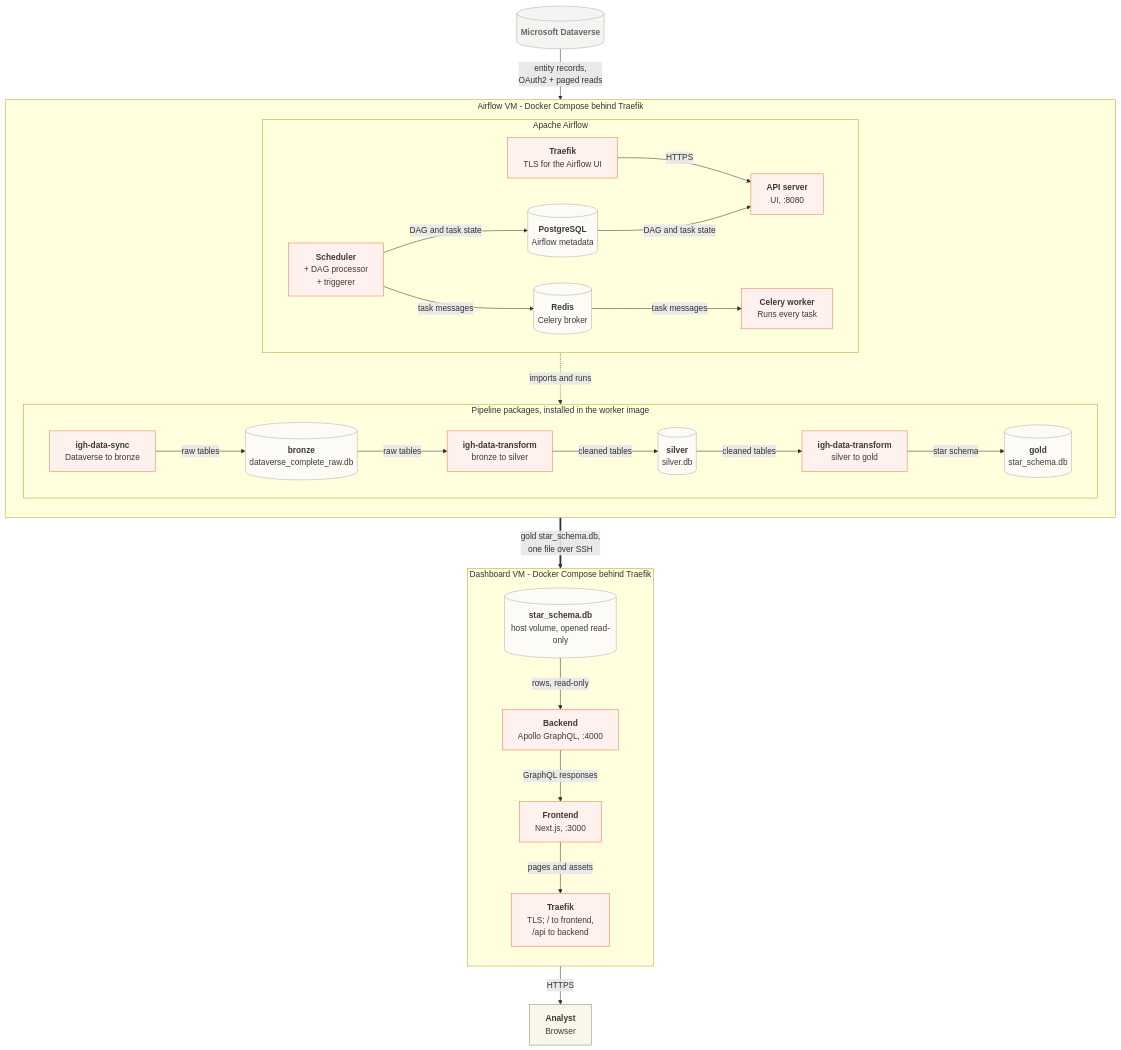
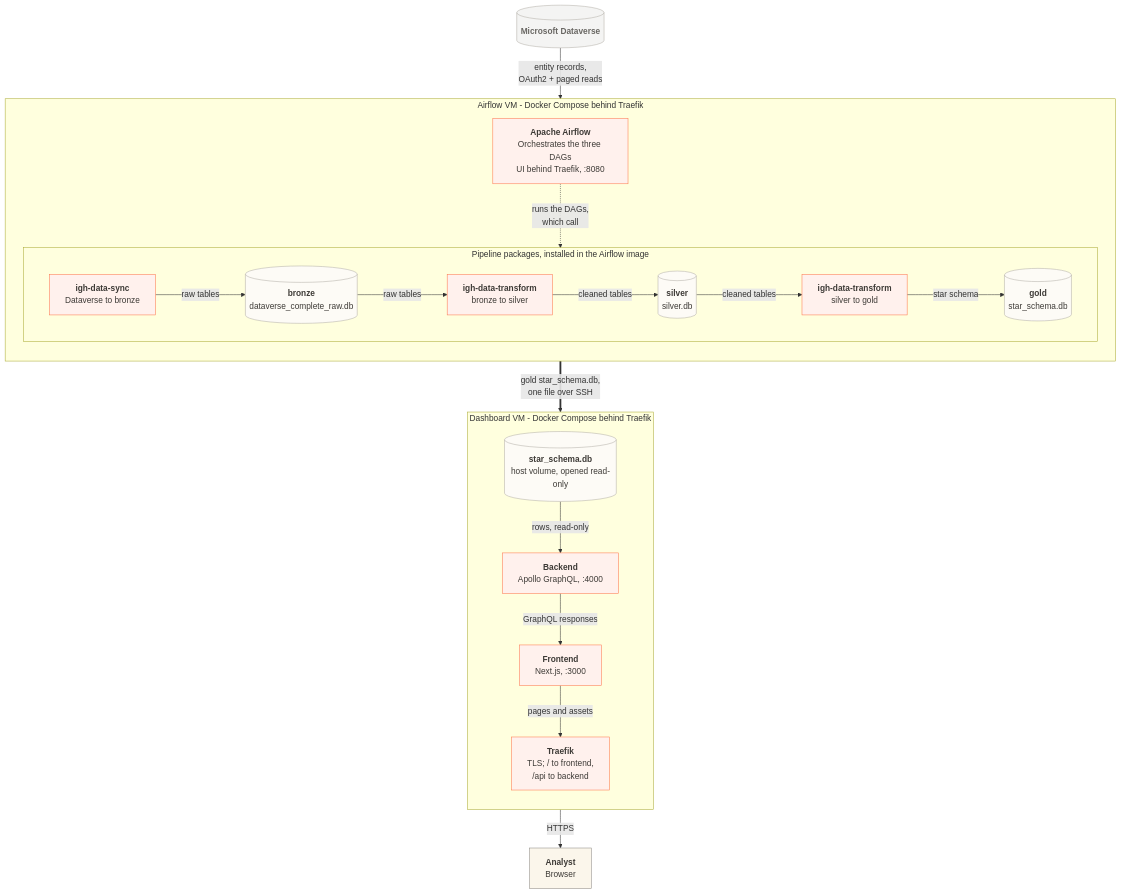
Before and after one commit to akvo/igh-dashboard: the diagram in docs/lld/diagrams/02-container.mmd, drawn with Mermaid. The commit also changed 6 other files, not shown here.

```diff
--- a/docs/lld/diagrams/02-container.mmd
+++ b/docs/lld/diagrams/02-container.mmd
@@ -1,63 +1,50 @@
 %% C4 level 2 - containers. Reads top to bottom: source, pipeline, delivery, web tier, user.
 %% Solid arrows carry data and say what flows. Dotted arrows show one thing running another.
 flowchart TB
     dataverse[("<b>Microsoft Dataverse</b>")]
 
     subgraph airflowvm["Airflow VM - Docker Compose behind Traefik"]
         direction TB
-        subgraph orchestration["Apache Airflow"]
-            direction LR
-            atraefik["<b>Traefik</b><br/>TLS for the Airflow UI"]
-            api["<b>API server</b><br/>UI, :8080"]
-            sched["<b>Scheduler</b><br/>+ DAG processor<br/>+ triggerer"]
-            redis[("<b>Redis</b><br/>Celery broker")]
-            worker["<b>Celery worker</b><br/>Runs every task"]
-            meta[("<b>PostgreSQL</b><br/>Airflow metadata")]
-            atraefik -->|"HTTPS"| api
-            meta -->|"DAG and task state"| api
-            sched -->|"DAG and task state"| meta
-            sched -->|"task messages"| redis
-            redis -->|"task messages"| worker
-        end
-        subgraph pipeline["Pipeline packages, installed in the worker image"]
+        airflow["<b>Apache Airflow</b><br/>Orchestrates the three DAGs<br/>UI behind Traefik, :8080"]
+        subgraph pipeline["Pipeline packages, installed in the Airflow image"]
             direction LR
             sync["<b>igh-data-sync</b><br/>Dataverse to bronze"]
             bronze[("<b>bronze</b><br/>dataverse_complete_raw.db")]
             b2s["<b>igh-data-transform</b><br/>bronze to silver"]
             silver[("<b>silver</b><br/>silver.db")]
             s2g["<b>igh-data-transform</b><br/>silver to gold"]
             gold[("<b>gold</b><br/>star_schema.db")]
             sync -->|"raw tables"| bronze
             bronze -->|"raw tables"| b2s
             b2s -->|"cleaned tables"| silver
             silver -->|"cleaned tables"| s2g
             s2g -->|"star schema"| gold
         end
     end
 
     subgraph dashvm["Dashboard VM - Docker Compose behind Traefik"]
         direction TB
         prodgold[("<b>star_schema.db</b><br/>host volume, opened read-only")]
         be["<b>Backend</b><br/>Apollo GraphQL, :4000"]
         fe["<b>Frontend</b><br/>Next.js, :3000"]
         traefik["<b>Traefik</b><br/>TLS; / to frontend,<br/>/api to backend"]
     end
 
     user["<b>Analyst</b><br/>Browser"]
 
     dataverse -->|"entity records,<br/>OAuth2 + paged reads"| pipeline
-    worker -.->|"imports and runs"| pipeline
+    airflow -.->|"runs the DAGs,<br/>which call"| pipeline
     pipeline ==>|"gold star_schema.db,<br/>one file over SSH"| prodgold
     prodgold -->|"rows, read-only"| be
     be -->|"GraphQL responses"| fe
     fe -->|"pages and assets"| traefik
     traefik -->|"HTTPS"| user
 
     classDef person fill:#fbf6eb,stroke:#8a8781,color:#3d3a36
     classDef container fill:#fff1ed,stroke:#fe7449,color:#3d3a36
     classDef store fill:#fdfbf6,stroke:#b2afa7,color:#3d3a36
     classDef ext fill:#f4f4f3,stroke:#b2afa7,color:#696763
     class user person
-    class atraefik,api,sched,worker,sync,b2s,s2g,be,fe,traefik container
-    class meta,redis,bronze,silver,gold,prodgold store
+    class airflow,sync,b2s,s2g,be,fe,traefik container
+    class bronze,silver,gold,prodgold store
     class dataverse ext
```
